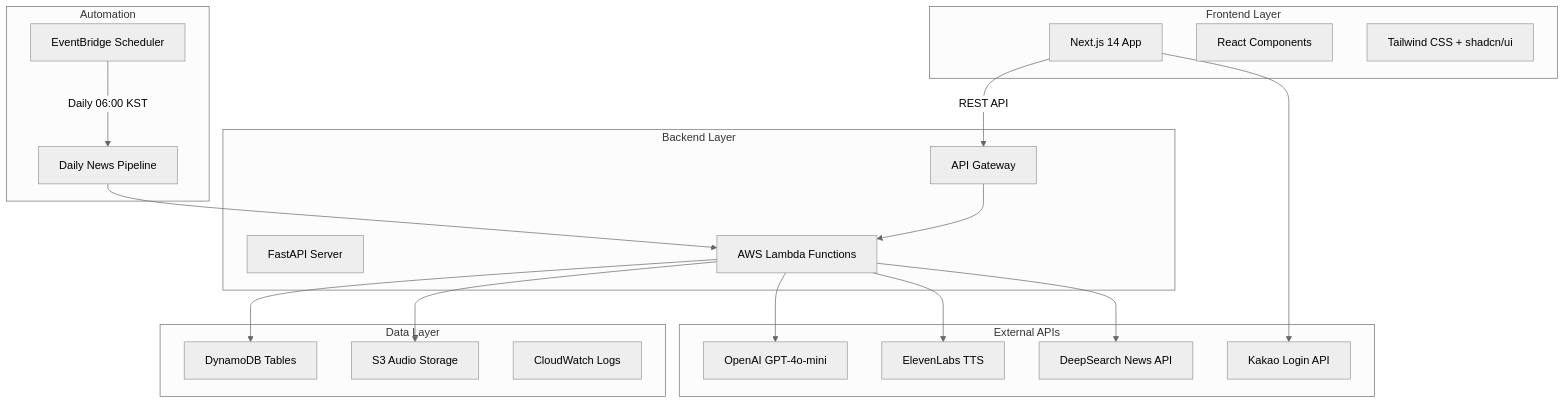
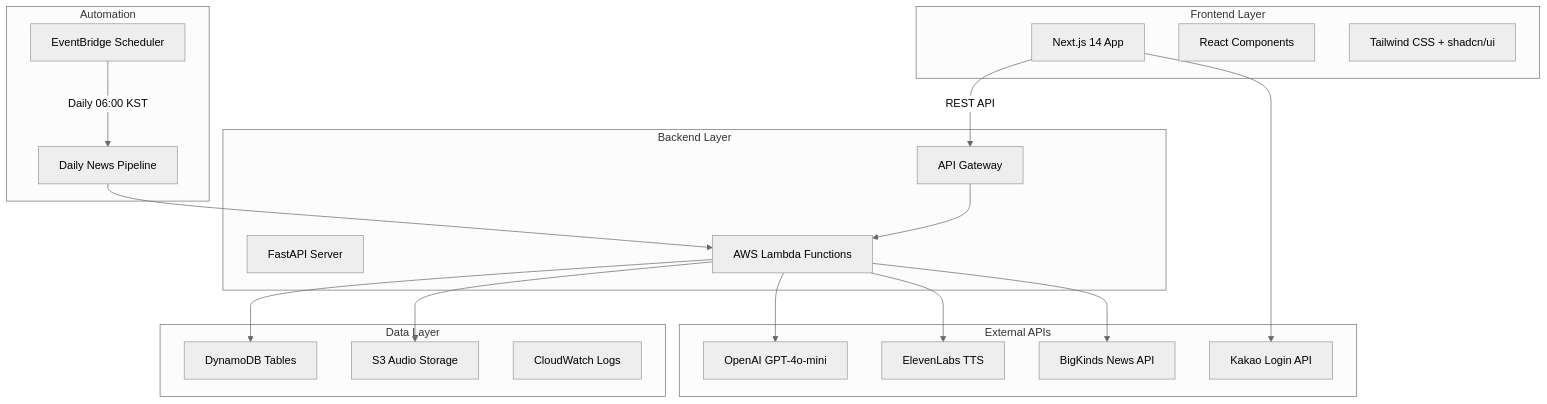
Before and after one commit to kk53451/Briefly: the diagram in README.md, drawn with Mermaid (neutral theme). The commit also changed other lines of this file and 17 other files, not shown here.

````diff
--- a/README.md
+++ b/README.md
@@ -39,43 +39,43 @@
 ```mermaid
 graph TB
     subgraph "Frontend Layer"
         A[Next.js 14 App]
         B[React Components]
         C[Tailwind CSS + shadcn/ui]
     end
     
     subgraph "Backend Layer"
         D[FastAPI Server]
         E[AWS Lambda Functions]
         F[API Gateway]
     end
     
     subgraph "Data Layer"
         G[DynamoDB Tables]
         H[S3 Audio Storage]
         I[CloudWatch Logs]
     end
     
     subgraph "External APIs"
         J[OpenAI GPT-4o-mini]
         K[ElevenLabs TTS]
-        L[DeepSearch News API]
+        L[BigKinds News API]
         M[Kakao Login API]
     end
     
     subgraph "Automation"
         N[EventBridge Scheduler]
         O[Daily News Pipeline]
     end
     
     A -->|REST API| F
     F --> E
     E --> G
     E --> H
     E --> J
     E --> K
     E --> L
     A --> M
     N -->|Daily 06:00 KST| O
     O --> E
 ```
````
